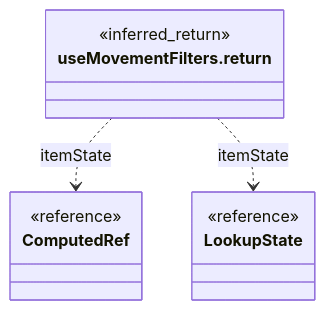
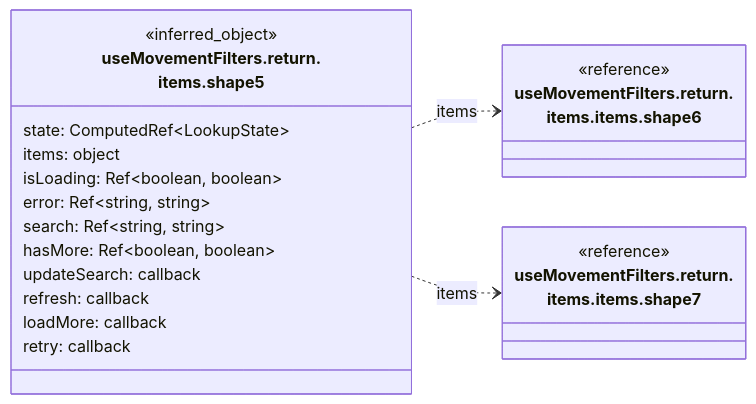
Diagram 16 of 27 in front/docs/architecture/views/logical/type-reference/movements.md (gpgsistemas01/nexus), drawn with Mermaid before and after one commit. The commit also changed other lines of this file and 37 other files, not shown here.

Commit message:
docs: depurar diagramas y conservar contratos propios del frontend

````diff
--- a/front/docs/architecture/views/logical/type-reference/movements.md
+++ b/front/docs/architecture/views/logical/type-reference/movements.md
@@ -491,15 +557,25 @@
 ```mermaid
 classDiagram
-    direction TB
-    class Subject["useMovementFilters.return"] {
-        <<inferred_return>>
+    direction LR
+    class Subject["useMovementFilters.return.<br/>items.shape5"] {
+        <<inferred_object>>
+        state: ComputedRef~LookupState~
+        items: object
+        isLoading: Ref~boolean, boolean~
+        error: Ref~string, string~
+        search: Ref~string, string~
+        hasMore: Ref~boolean, boolean~
+        updateSearch: callback
+        refresh: callback
+        loadMore: callback
+        retry: callback
     }
-    class R0["ComputedRef"] {
+    class R0["useMovementFilters.return.<br/>items.items.shape6"] {
         <<reference>>
     }
-    class R1["LookupState"] {
+    class R1["useMovementFilters.return.<br/>items.items.shape7"] {
         <<reference>>
     }
-    Subject ..> R0 : itemState
-    Subject ..> R1 : itemState
+    Subject ..> R0 : items
+    Subject ..> R1 : items
 ```
````
